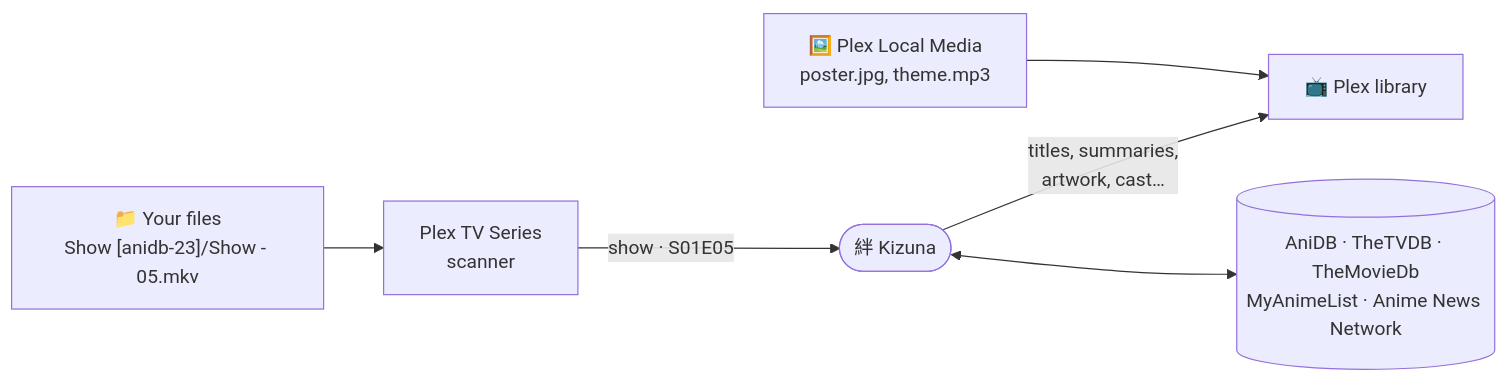
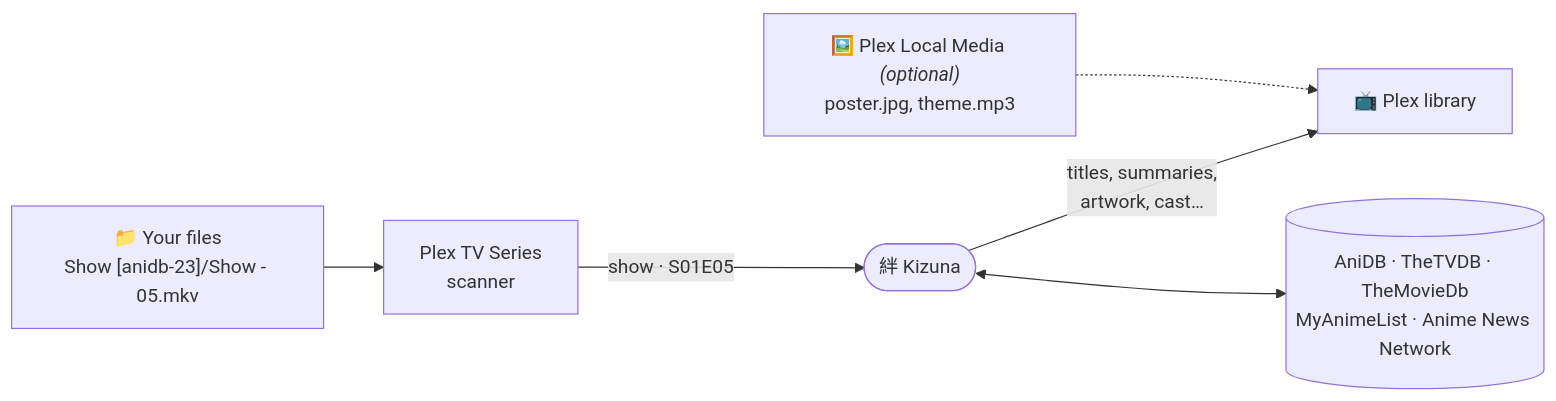
The first of 3 diagrams in README.md (KurtzPT/kizuna), drawn with Mermaid before and after one commit. The commit also changed other lines of this file and 2 other files, not shown here.

Commit message:
Docs: Plex Local Media marked optional, openings as extras noted, the README's sections in reading order

````diff
--- a/README.md
+++ b/README.md
@@ -54,8 +48,8 @@
 ```mermaid
 flowchart LR
     F["📁 Your files<br/>Show [anidb-23]/Show - 05.mkv"] --> S["Plex TV Series<br/>scanner"]
     S -- "show · S01E05" --> K(["絆 Kizuna"])
     K -- "titles, summaries,<br/>artwork, cast…" --> P["📺 Plex library"]
     K <--> A[("AniDB · TheTVDB · TheMovieDb<br/>MyAnimeList · Anime News Network")]
-    L["🖼️ Plex Local Media<br/>poster.jpg, theme.mp3"] --> P
+    L["🖼️ Plex Local Media <i>(optional)</i><br/>poster.jpg, theme.mp3"] -.-> P
 ```
````
